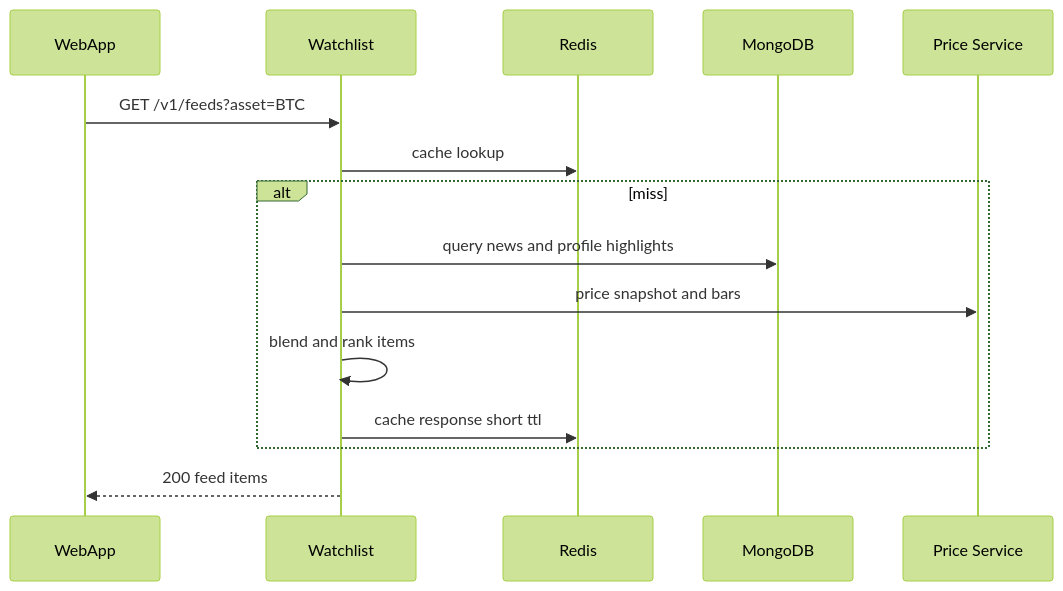
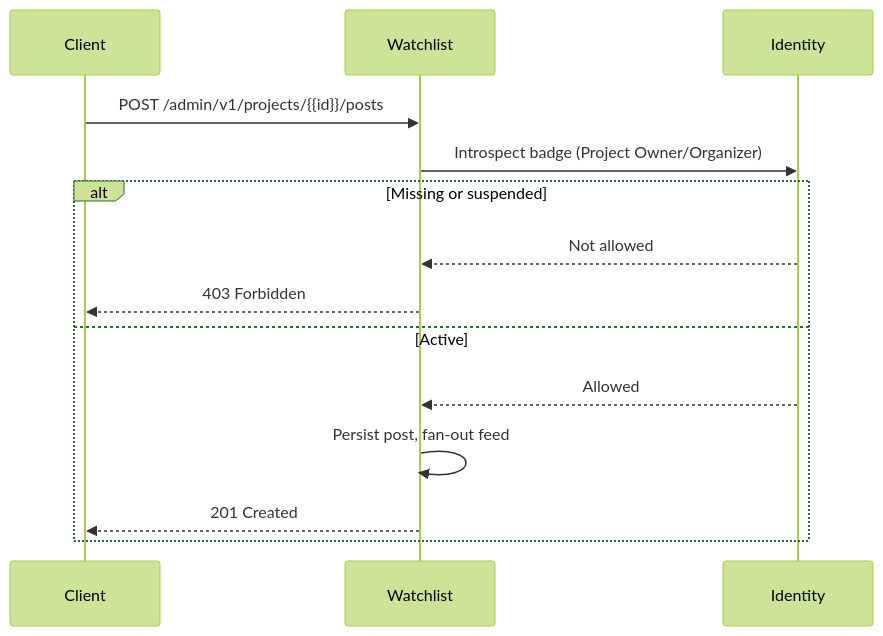
One commit to fuzeac/fuze-telegram-mini-app changed the fourth of 4 diagrams in miniapp-watchlist-service.md. Above: the diagram before and after it, drawn with Mermaid (forest theme). The commit also changed other lines of this file, not shown here.

````diff
--- a/miniapp-watchlist-service.md
+++ b/miniapp-watchlist-service.md
@@ -90,17 +150,17 @@
 ```mermaid
 sequenceDiagram
-participant UI as WebApp
-participant WL as Watchlist
-participant RED as Redis
-participant DB as MongoDB
-participant PR as Price Service
-UI->>WL: GET /v1/feeds?asset=BTC
-WL->>RED: cache lookup
-alt miss
-  WL->>DB: query news and profile highlights
-  WL->>PR: price snapshot and bars
-  WL->>WL: blend and rank items
-  WL->>RED: cache response short ttl
-end
-WL-->>UI: 200 feed items
+  participant UI as Client
+  participant WL as Watchlist
+  participant ID as Identity
+
+  UI->>WL: POST /admin/v1/projects/{{id}}/posts
+  WL->>ID: Introspect badge (Project Owner/Organizer)
+  alt Missing or suspended
+    ID-->>WL: Not allowed
+    WL-->>UI: 403 Forbidden
+  else Active
+    ID-->>WL: Allowed
+    WL->>WL: Persist post, fan-out feed
+    WL-->>UI: 201 Created
+  end
 ```
````
